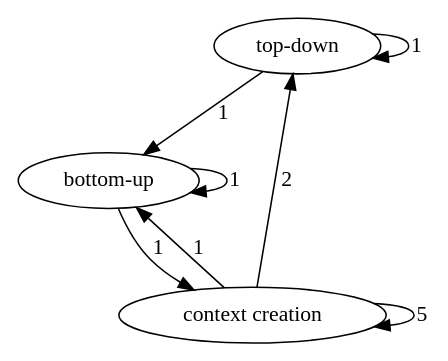
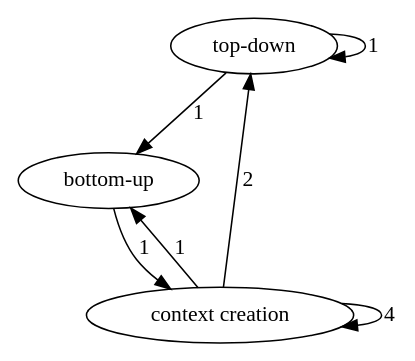
The diagram in analysis/M3.dot (dorisjlee/ZV-paper), drawn with Graphviz before and after one commit. The commit also changed 35 other files, not shown here.

```diff
--- a/analysis/M3.dot
+++ b/analysis/M3.dot
@@ -1,12 +1,11 @@
 digraph  {
 "top-down";
 "context creation";
 "bottom-up";
 "top-down" -> "top-down"  [weight=1, label=1];
 "top-down" -> "bottom-up"  [weight=1, label=1];
 "context creation" -> "top-down"  [weight=2, label=2];
-"context creation" -> "context creation"  [weight=5, label=5];
+"context creation" -> "context creation"  [weight=4, label=4];
 "context creation" -> "bottom-up"  [weight=1, label=1];
 "bottom-up" -> "context creation"  [weight=1, label=1];
-"bottom-up" -> "bottom-up"  [weight=1, label=1];
 }
```
